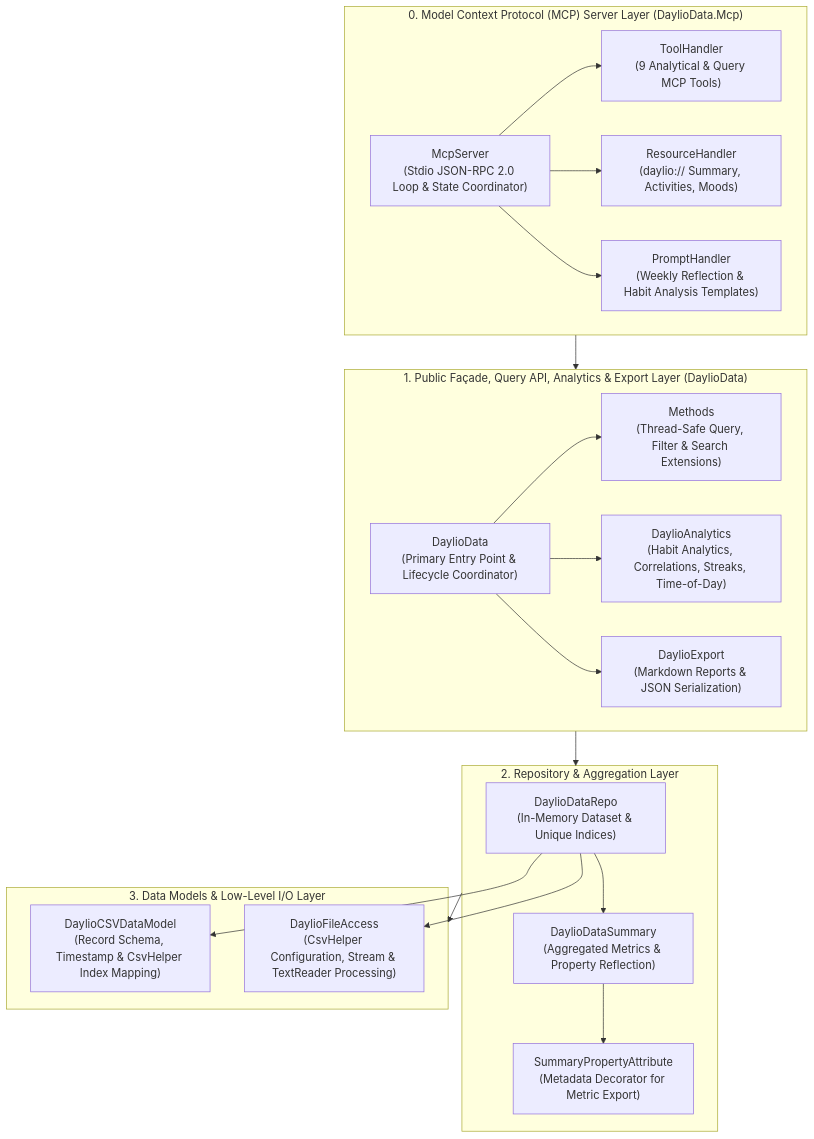
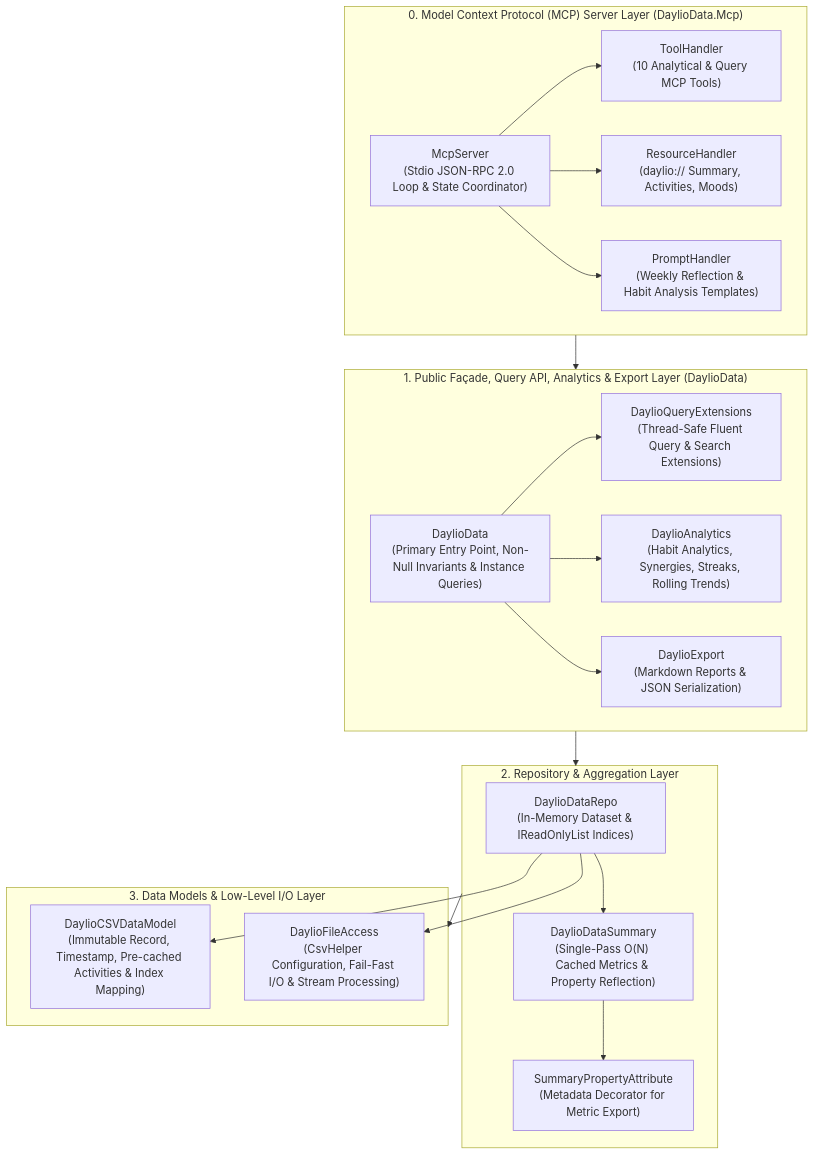
Before and after one commit to jav76/DaylioData: the diagram in docs/architecture/overview.md, drawn with Mermaid. The commit also changed other lines of this file and 19 other files, not shown here.

Commit message:
release: v1.0.0-beta.1 - Remove Deprecated Methods, Introduce Instance Queries, Immutable Records, and Cached Summary Metrics

````diff
--- a/docs/architecture/overview.md
+++ b/docs/architecture/overview.md
@@ -11,41 +11,41 @@
 ```mermaid
 flowchart TB
     subgraph Layer0["0. Model Context Protocol (MCP) Server Layer (DaylioData.Mcp)"]
         Server["McpServer<br/>(Stdio JSON-RPC 2.0 Loop & State Coordinator)"]
-        Tools["ToolHandler<br/>(9 Analytical & Query MCP Tools)"]
+        Tools["ToolHandler<br/>(10 Analytical & Query MCP Tools)"]
         Resources["ResourceHandler<br/>(daylio:// Summary, Activities, Moods)"]
         Prompts["PromptHandler<br/>(Weekly Reflection & Habit Analysis Templates)"]
         Server --> Tools
         Server --> Resources
         Server --> Prompts
     end
 
     subgraph Layer1["1. Public Façade, Query API, Analytics & Export Layer (DaylioData)"]
-        Facade["DaylioData<br/>(Primary Entry Point & Lifecycle Coordinator)"]
-        Methods["Methods<br/>(Thread-Safe Query, Filter & Search Extensions)"]
-        Analytics["DaylioAnalytics<br/>(Habit Analytics, Correlations, Streaks, Time-of-Day)"]
+        Facade["DaylioData<br/>(Primary Entry Point, Non-Null Invariants & Instance Queries)"]
+        QueryExt["DaylioQueryExtensions<br/>(Thread-Safe Fluent Query & Search Extensions)"]
+        Analytics["DaylioAnalytics<br/>(Habit Analytics, Synergies, Streaks, Rolling Trends)"]
         Export["DaylioExport<br/>(Markdown Reports & JSON Serialization)"]
-        Facade --> Methods
+        Facade --> QueryExt
         Facade --> Analytics
         Facade --> Export
     end
 
     subgraph Layer2["2. Repository & Aggregation Layer"]
-        Repo["DaylioDataRepo<br/>(In-Memory Dataset & Unique Indices)"]
-        Summary["DaylioDataSummary<br/>(Aggregated Metrics & Property Reflection)"]
+        Repo["DaylioDataRepo<br/>(In-Memory Dataset & IReadOnlyList Indices)"]
+        Summary["DaylioDataSummary<br/>(Single-Pass O(N) Cached Metrics & Property Reflection)"]
         Attr["SummaryPropertyAttribute<br/>(Metadata Decorator for Metric Export)"]
         Repo --> Summary
         Summary --> Attr
     end
 
     subgraph Layer3["3. Data Models & Low-Level I/O Layer"]
-        Model["DaylioCSVDataModel<br/>(Record Schema, Timestamp & CsvHelper Index Mapping)"]
-        FileAccess["DaylioFileAccess<br/>(CsvHelper Configuration, Stream & TextReader Processing)"]
+        Model["DaylioCSVDataModel<br/>(Immutable Record, Timestamp, Pre-cached Activities & Index Mapping)"]
+        FileAccess["DaylioFileAccess<br/>(CsvHelper Configuration, Fail-Fast I/O & Stream Processing)"]
         Repo --> Model
         Repo --> FileAccess
     end
 
     Layer0 --> Layer1
     Layer1 --> Layer2
     Layer2 --> Layer3
 ```
````
